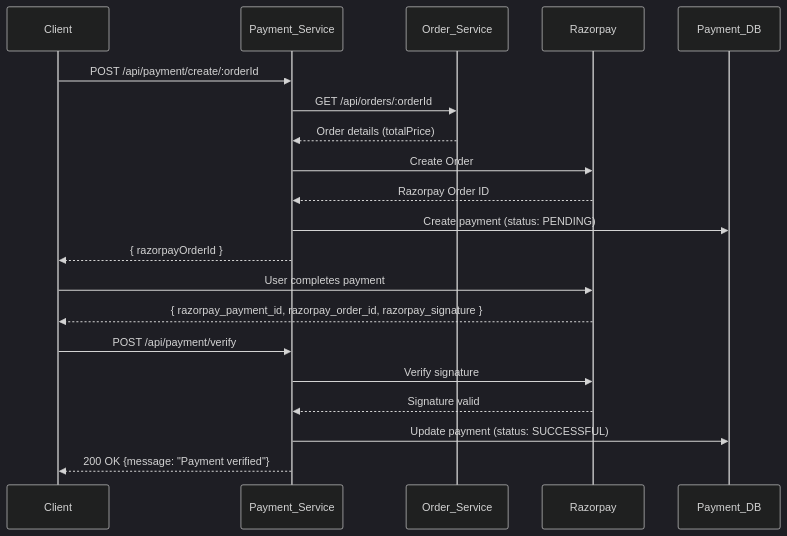
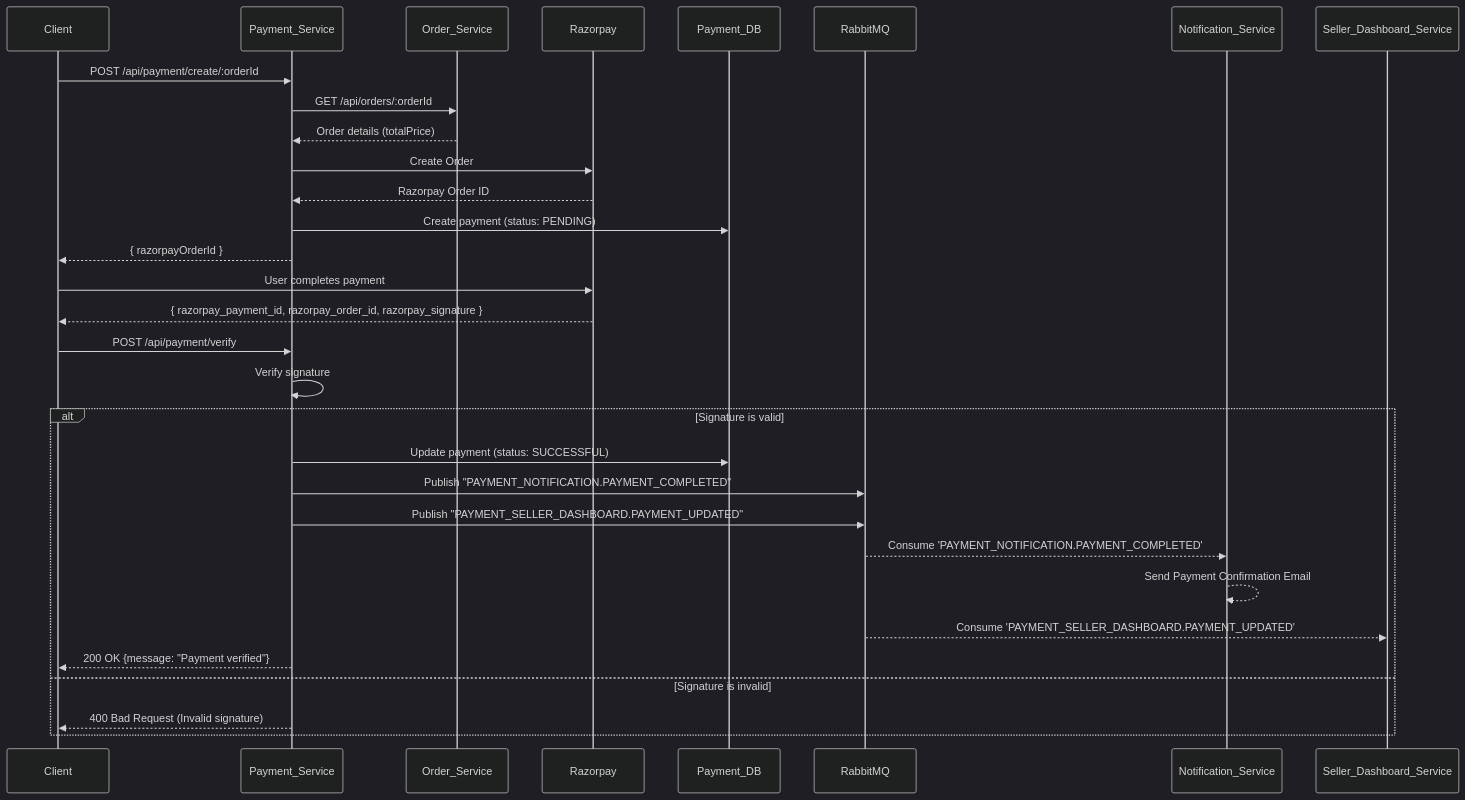
One commit to priyanshu-samal/microBazaar changed the sixth of 7 diagrams in README.md. Above: the diagram before and after it, drawn with Mermaid (dark theme). The commit also changed other lines of this file, not shown here.

````diff
--- a/README.md
+++ b/README.md
@@ -198,25 +229,36 @@
 ```mermaid
 sequenceDiagram
     participant Client
     participant Payment_Service
     participant Order_Service
     participant Razorpay
     participant Payment_DB
+    participant RabbitMQ
+    participant Notification_Service
+    participant Seller_Dashboard_Service
 
     Client->>Payment_Service: POST /api/payment/create/:orderId
     Payment_Service->>Order_Service: GET /api/orders/:orderId
     Order_Service-->>Payment_Service: Order details (totalPrice)
     Payment_Service->>Razorpay: Create Order
     Razorpay-->>Payment_Service: Razorpay Order ID
     Payment_Service->>Payment_DB: Create payment (status: PENDING)
     Payment_Service-->>Client: { razorpayOrderId }
 
     Client->>Razorpay: User completes payment
     Razorpay-->>Client: { razorpay_payment_id, razorpay_order_id, razorpay_signature }
 
     Client->>Payment_Service: POST /api/payment/verify
-    Payment_Service->>Razorpay: Verify signature
-    Razorpay-->>Payment_Service: Signature valid
-    Payment_Service->>Payment_DB: Update payment (status: SUCCESSFUL)
-    Payment_Service-->>Client: 200 OK {message: "Payment verified"}
+    Payment_Service->>Payment_Service: Verify signature
+    alt Signature is valid
+        Payment_Service->>Payment_DB: Update payment (status: SUCCESSFUL)
+        Payment_Service->>RabbitMQ: Publish "PAYMENT_NOTIFICATION.PAYMENT_COMPLETED"
+        Payment_Service->>RabbitMQ: Publish "PAYMENT_SELLER_DASHBOARD.PAYMENT_UPDATED"
+        RabbitMQ-->>Notification_Service: Consume 'PAYMENT_NOTIFICATION.PAYMENT_COMPLETED'
+        Notification_Service-->>Notification_Service: Send Payment Confirmation Email
+        RabbitMQ-->>Seller_Dashboard_Service: Consume 'PAYMENT_SELLER_DASHBOARD.PAYMENT_UPDATED'
+        Payment_Service-->>Client: 200 OK {message: "Payment verified"}
+    else Signature is invalid
+        Payment_Service-->>Client: 400 Bad Request (Invalid signature)
+    end
 ```
````
